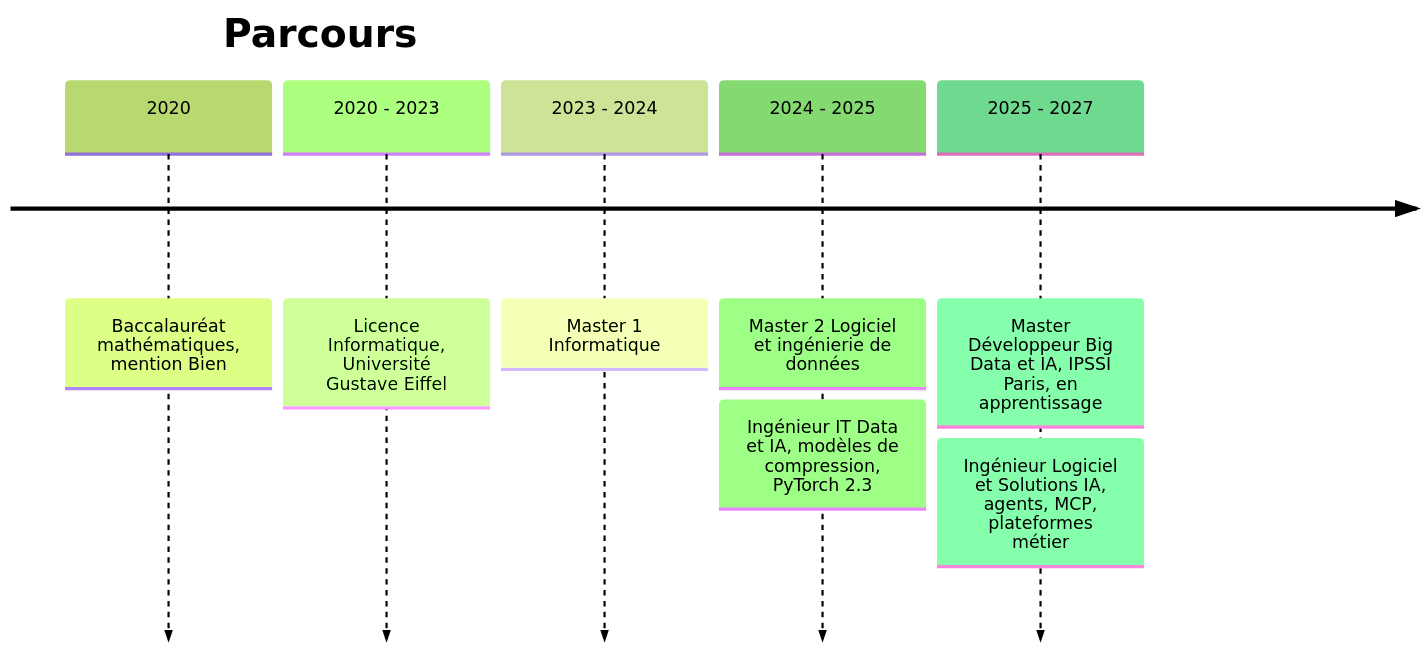
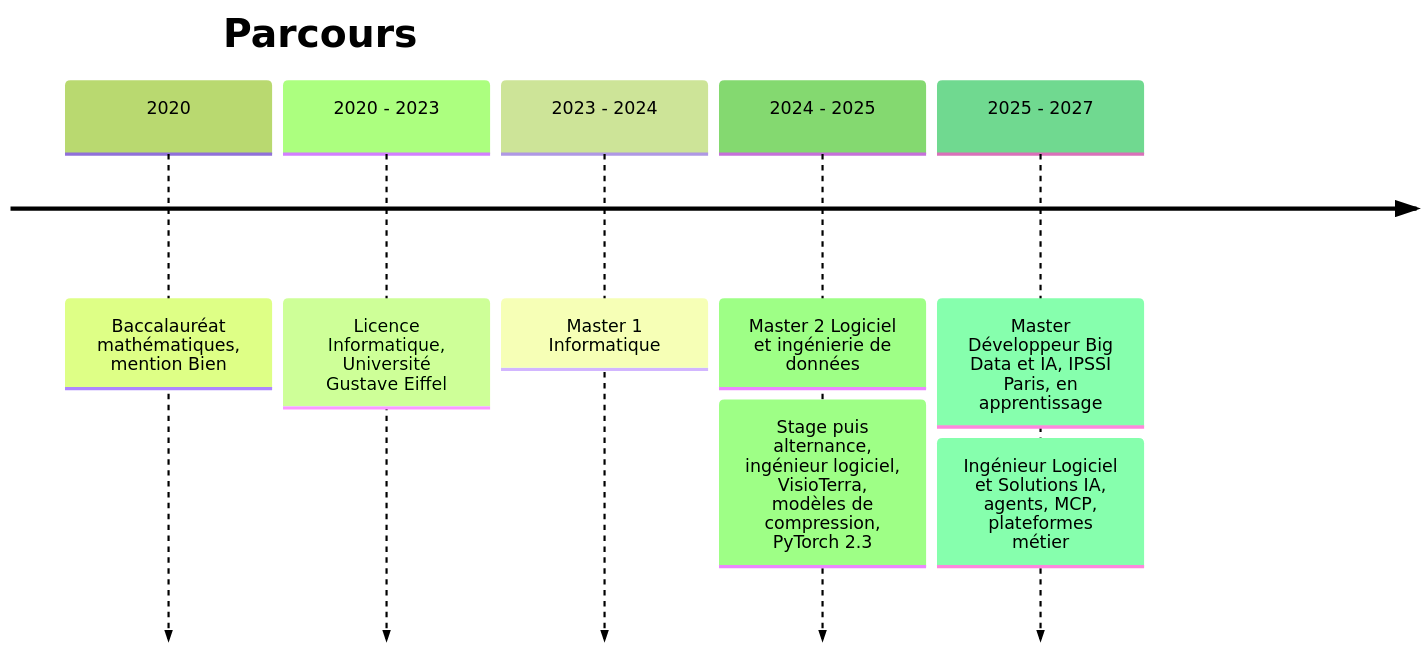
Before and after one commit to MaashRees/MaashRees: the third of 3 diagrams in README.md, drawn with Mermaid (forest theme). The commit also changed other lines of this file, not shown here.

First line of the commit message:
README de profil : postes VisioTerra (alternance et stage) et centres d'intérêt

````diff
--- a/README.md
+++ b/README.md
@@ -254,11 +258,11 @@
 ```mermaid
 timeline
     title Parcours
     2020 : Baccalauréat mathématiques, mention Bien
     2020 - 2023 : Licence Informatique, Université Gustave Eiffel
     2023 - 2024 : Master 1 Informatique
     2024 - 2025 : Master 2 Logiciel et ingénierie de données
-                : Ingénieur IT Data et IA, modèles de compression, PyTorch 2.3
+                : Stage puis alternance, ingénieur logiciel, VisioTerra, modèles de compression, PyTorch 2.3
     2025 - 2027 : Master Développeur Big Data et IA, IPSSI Paris, en apprentissage
                 : Ingénieur Logiciel et Solutions IA, agents, MCP, plateformes métier
 ```
````
